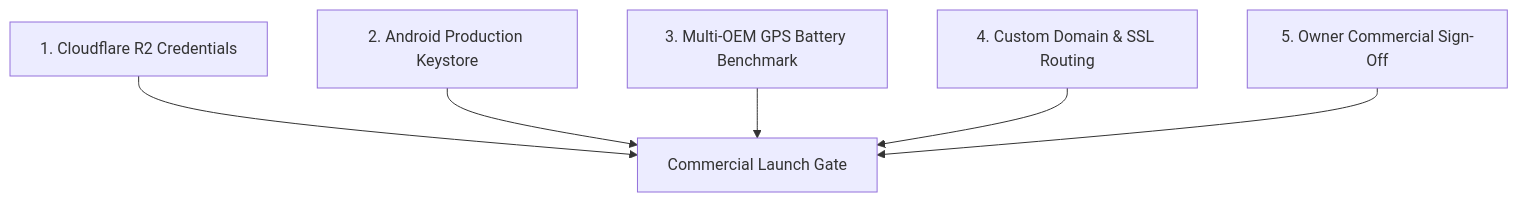
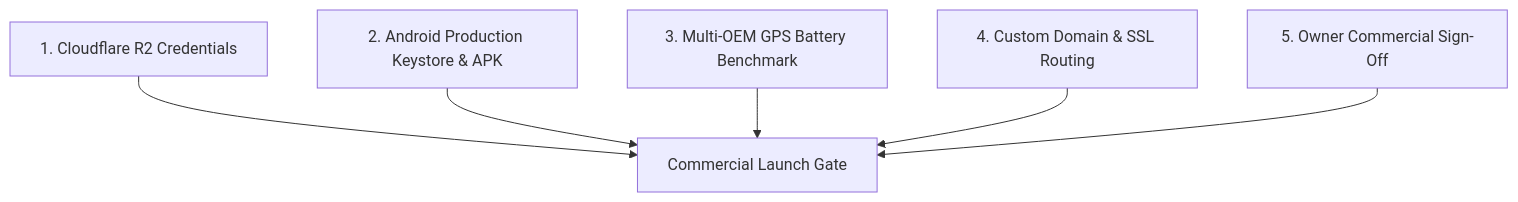
The diagram in docs/agent/OPRINO-OPEN-ISSUES.md (djsushilkumar/oprino), drawn with Mermaid before and after one commit. The commit also changed other lines of this file and 12 other files, not shown here.

````diff
--- a/docs/agent/OPRINO-OPEN-ISSUES.md
+++ b/docs/agent/OPRINO-OPEN-ISSUES.md
@@ -14,8 +14,8 @@
 ```mermaid
 graph TD
     B1[1. Cloudflare R2 Credentials] --> Gate[Commercial Launch Gate]
-    B2[2. Android Production Keystore] --> Gate
+    B2[2. Android Production Keystore & APK] --> Gate
     B3[3. Multi-OEM GPS Battery Benchmark] --> Gate
     B4[4. Custom Domain & SSL Routing] --> Gate
     B5[5. Owner Commercial Sign-Off] --> Gate
 ```
````
